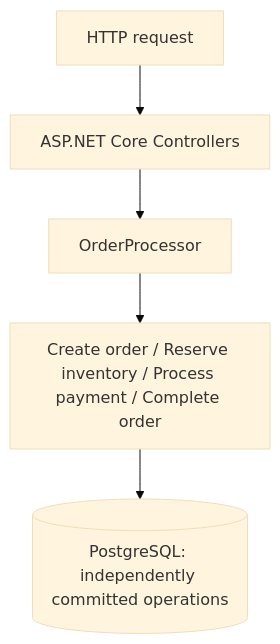
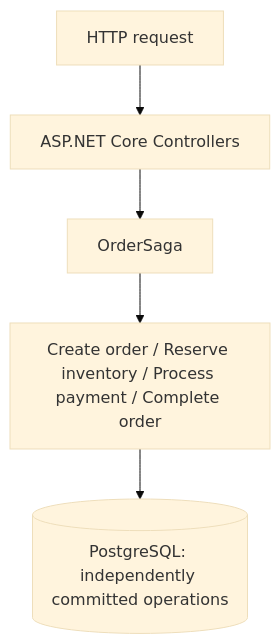
Before and after one commit to Luqa1/Engineering-Playground: the first of 3 diagrams in 05-saga-pattern/README.md, drawn with Mermaid (base theme). The commit also changed other lines of this file and 6 other files, not shown here.

````diff
--- a/05-saga-pattern/README.md
+++ b/05-saga-pattern/README.md
@@ -25,7 +25,7 @@
 ```mermaid
 flowchart TD
     HTTP[HTTP request] --> Controller[ASP.NET Core Controllers]
-    Controller --> Processor[OrderProcessor]
+    Controller --> Processor[OrderSaga]
     Processor --> Operations[Create order / Reserve inventory / Process payment / Complete order]
     Operations --> DB[(PostgreSQL: independently committed operations)]
 ```
````
